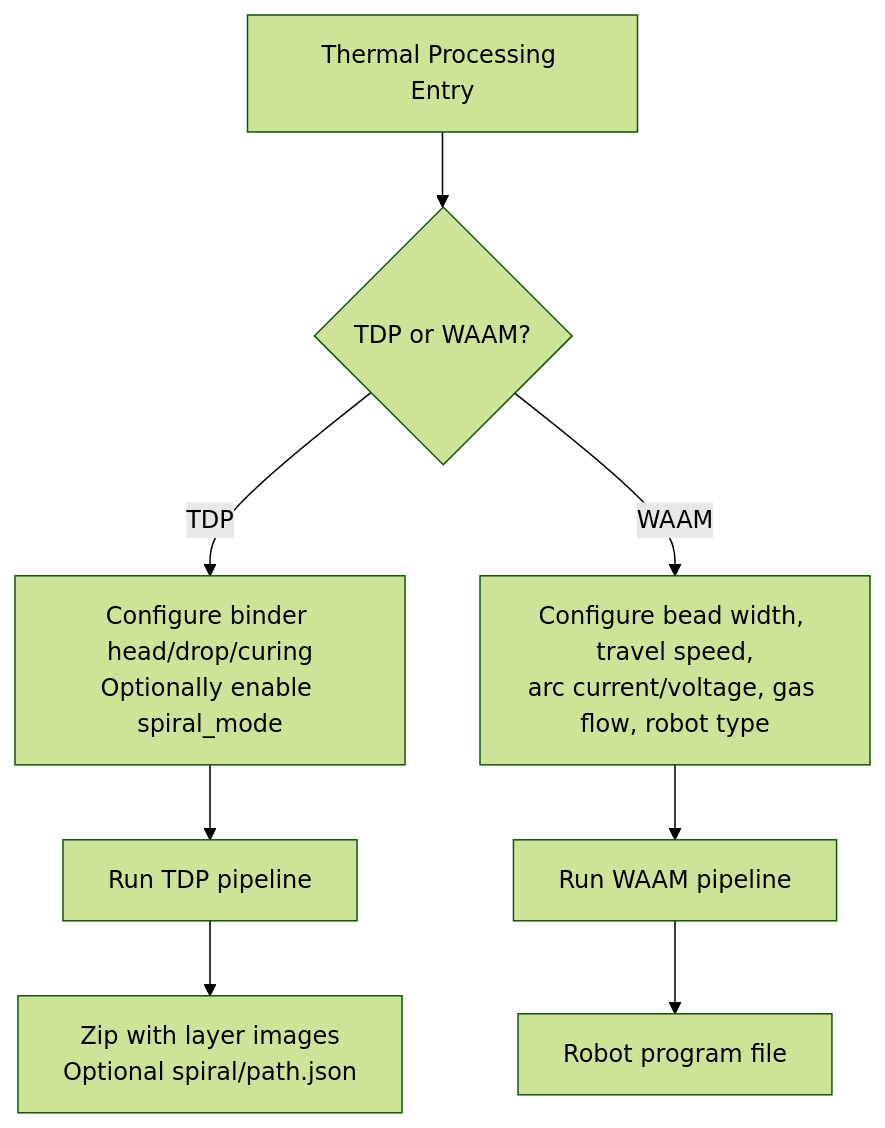
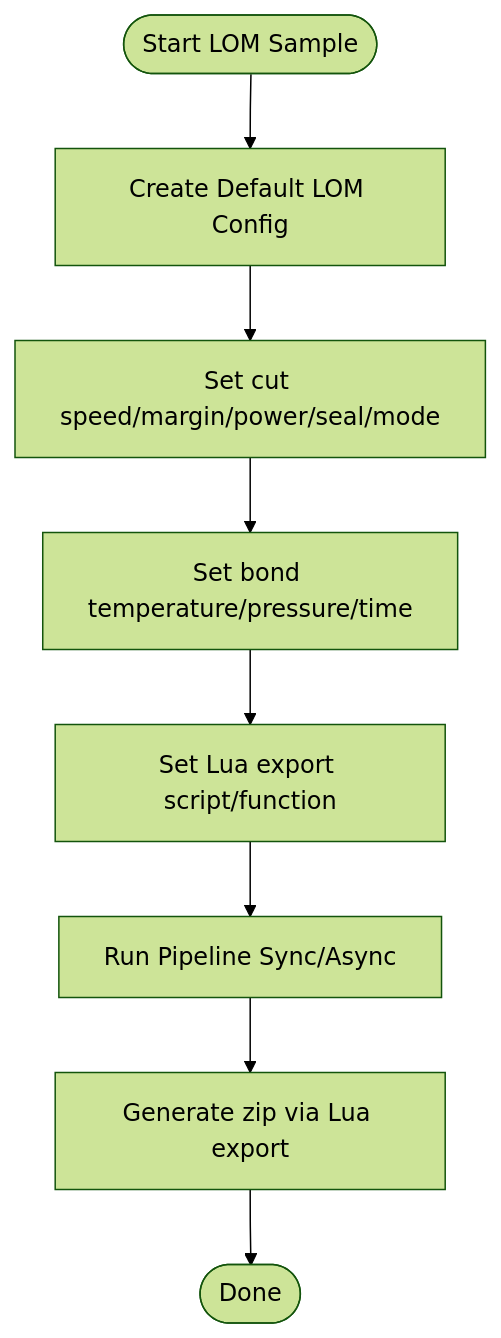
Before and after one commit to hsmbanlance/HsBaSlicer: the seventh of 12 diagrams in .qoder/repowiki/en/content/Examples & Samples/Examples & Samples.md, drawn with Mermaid (forest theme). The commit also changed other lines of this file and 1095 other files, not shown here.

````diff
--- a/.qoder/repowiki/en/content/Examples & Samples/Examples & Samples.md
+++ b/.qoder/repowiki/en/content/Examples & Samples/Examples & Samples.md
@@ -352,10 +339,10 @@
 ```mermaid
 flowchart TD
-ThermalStart["Thermal Processing Entry"] --> Choice{"TDP or WAAM?"}
-Choice --> |TDP| TdpFlow["Configure binder head/drop/curing<br/>Optionally enable spiral_mode"]
-Choice --> |WAAM| WaamFlow["Configure bead width, travel speed,<br/>arc current/voltage, gas flow, robot type"]
-TdpFlow --> TdpRun["Run TDP pipeline"]
-WaamFlow --> WaamRun["Run WAAM pipeline"]
-TdpRun --> TdpOut["Zip with layer images<br/>Optional spiral/path.json"]
-WaamRun --> WaamOut["Robot program file"]
+Start(["Start LOM Sample"]) --> Cfg["Create Default LOM Config"]
+Cfg --> CutParams["Set cut speed/margin/power/seal/mode"]
+CutParams --> BondParams["Set bond temperature/pressure/time"]
+BondParams --> LuaExport["Set Lua export script/function"]
+LuaExport --> Run["Run Pipeline Sync/Async"]
+Run --> Output["Generate zip via Lua export"]
+Output --> Done(["Done"])
 ```
````
